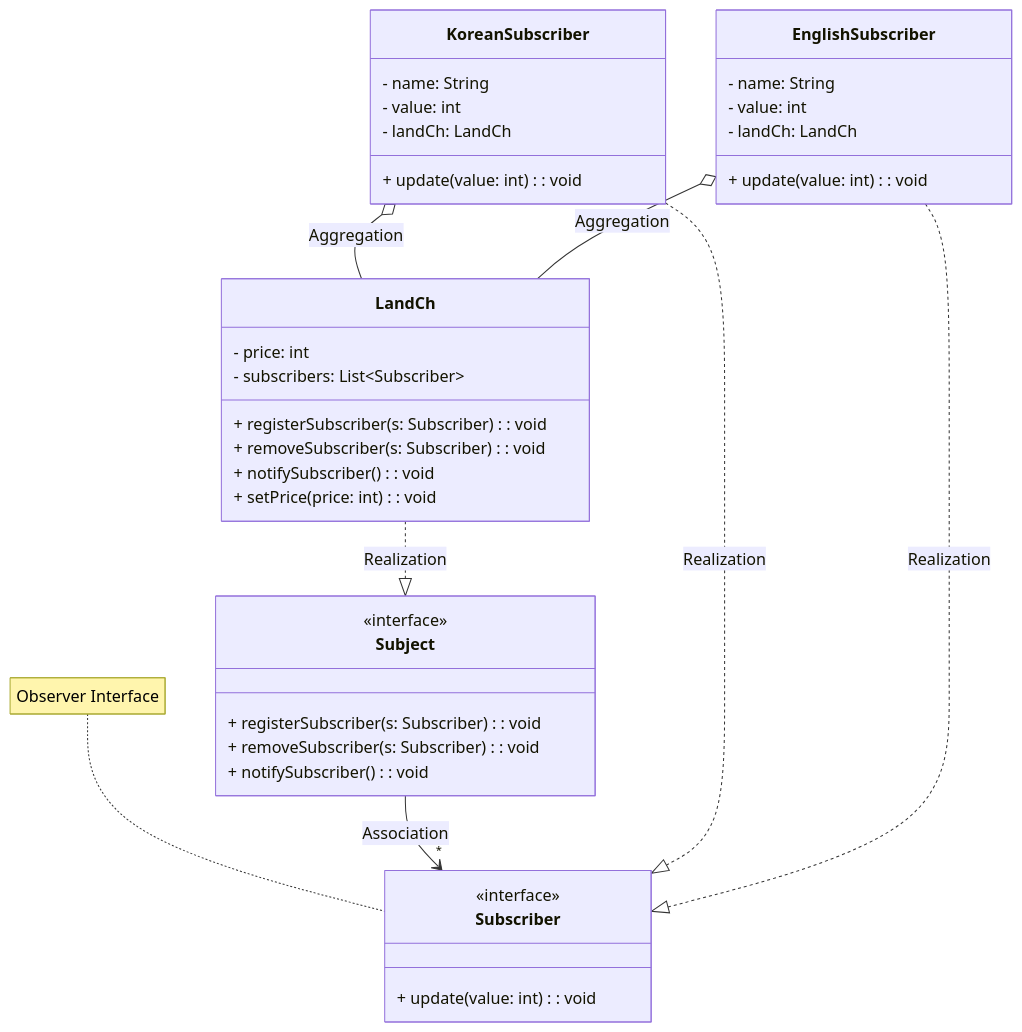
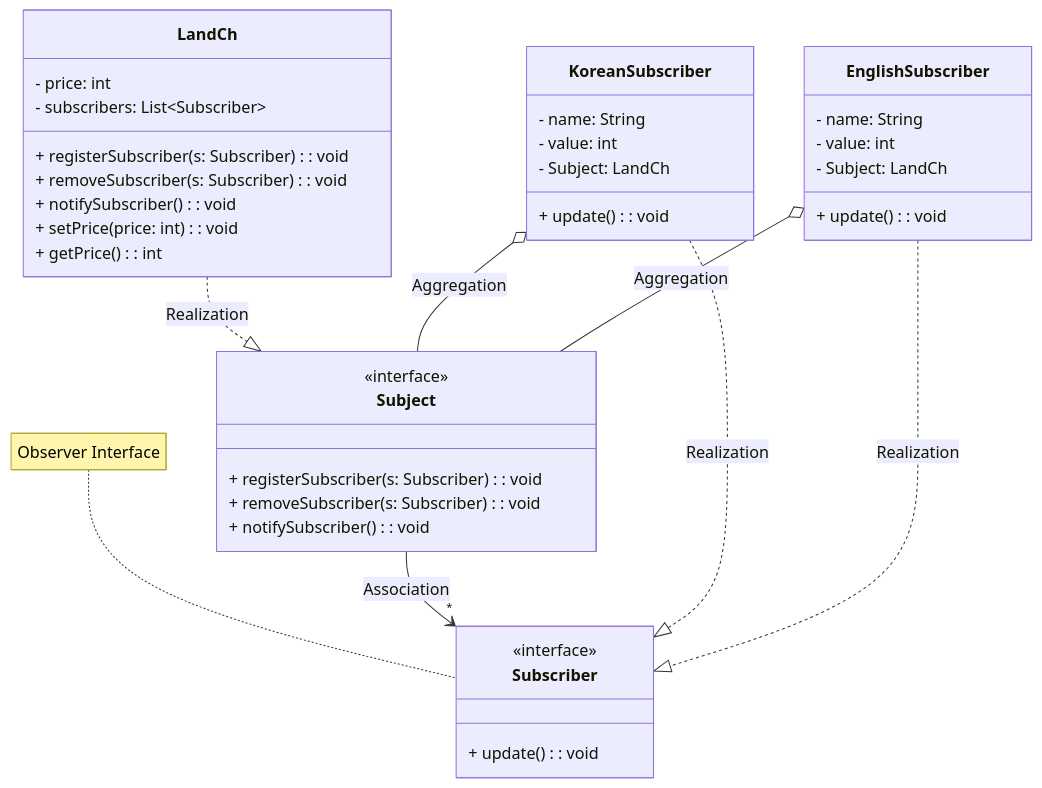
The diagram in week05/src/OBSERVER.md (inhawinter/2023-Software-Engineering), drawn with Mermaid before and after one commit.

Commit message:
week05 observer pattern 07

````diff
--- a/week05/src/OBSERVER.md
+++ b/week05/src/OBSERVER.md
@@ -1,45 +1,46 @@
 ```mermaid
 classDiagram
     Subject --> "*" Subscriber : Association
     LandCh ..|> Subject : Realization
     KoreanSubscriber ..|> Subscriber : Realization
-    KoreanSubscriber o-- LandCh : Aggregation
+    KoreanSubscriber o-- Subject : Aggregation
     EnglishSubscriber ..|> Subscriber : Realization
-    EnglishSubscriber o-- LandCh : Aggregation
+    EnglishSubscriber o-- Subject : Aggregation
     
     class Subject {
         <<interface>>
         + registerSubscriber(s: Subscriber): void
         + removeSubscriber(s: Subscriber): void
         + notifySubscriber(): void
     }
 
     class Subscriber {
         <<interface>>
-        + update(value: int): void
+        + update(): void
     }
     note for Subscriber "Observer Interface"
     
     class LandCh {
         - price: int
         - subscribers: List~Subscriber~
         + registerSubscriber(s: Subscriber): void
         + removeSubscriber(s: Subscriber): void
         + notifySubscriber(): void
         + setPrice(price: int): void
+        + getPrice(): int
     }
     
     class KoreanSubscriber {
         - name: String
         - value: int
-        - landCh: LandCh
-        + update(value: int): void
+        - Subject: LandCh
+        + update(): void
     }
     
     class EnglishSubscriber {
         - name: String
         - value: int
-        - landCh: LandCh
-        + update(value: int): void
+        - Subject: LandCh
+        + update(): void
     }
 ```
````
